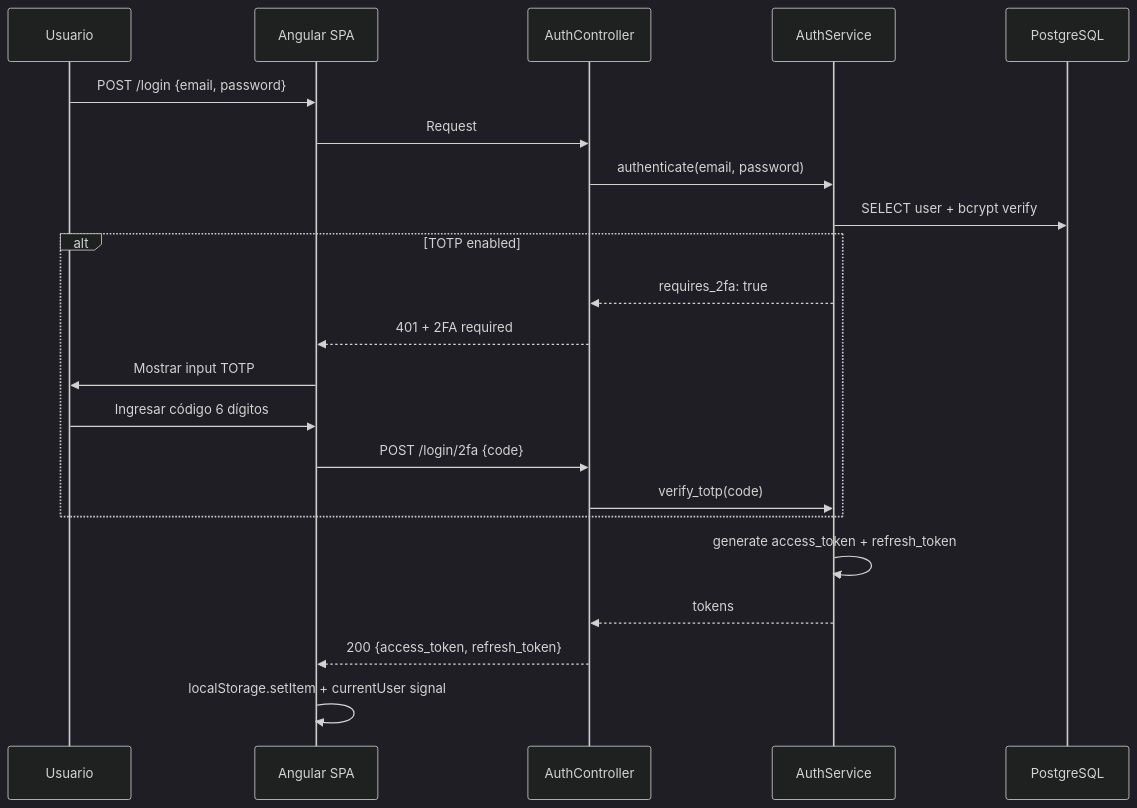
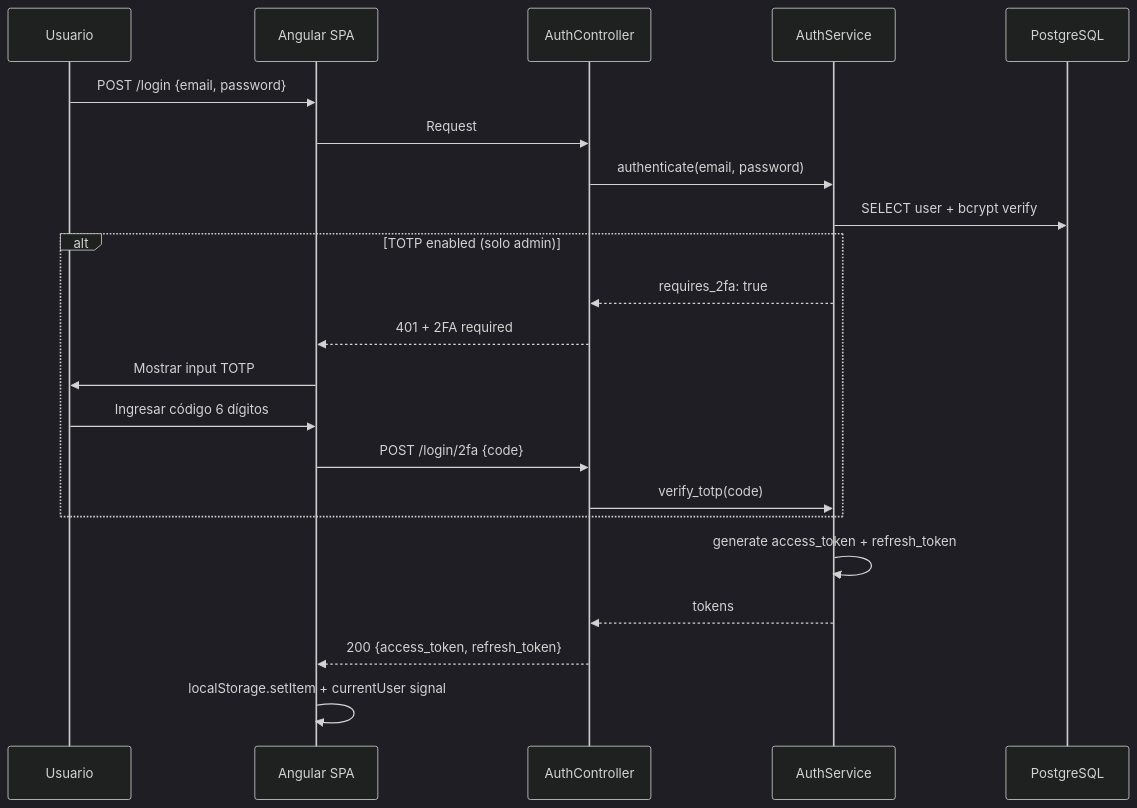
The third of 6 diagrams in docs/study-guide/doc.md (AlejandroGML/la-tiendita), drawn with Mermaid (dark theme) before and after one commit. The commit also changed other lines of this file and 10 other files, not shown here.

````diff
--- a/docs/study-guide/doc.md
+++ b/docs/study-guide/doc.md
@@ -195,25 +372,25 @@
 ```mermaid
 sequenceDiagram
     participant U as Usuario
     participant F as Angular SPA
     participant A as AuthController
     participant S as AuthService
     participant D as PostgreSQL
 
     U->>F: POST /login {email, password}
     F->>A: Request
     A->>S: authenticate(email, password)
     S->>D: SELECT user + bcrypt verify
-    alt TOTP enabled
+    alt TOTP enabled (solo admin)
         S-->>A: requires_2fa: true
         A-->>F: 401 + 2FA required
         F->>U: Mostrar input TOTP
         U->>F: Ingresar código 6 dígitos
         F->>A: POST /login/2fa {code}
         A->>S: verify_totp(code)
     end
     S->>S: generate access_token + refresh_token
     S-->>A: tokens
     A-->>F: 200 {access_token, refresh_token}
     F->>F: localStorage.setItem + currentUser signal
 ```
````
